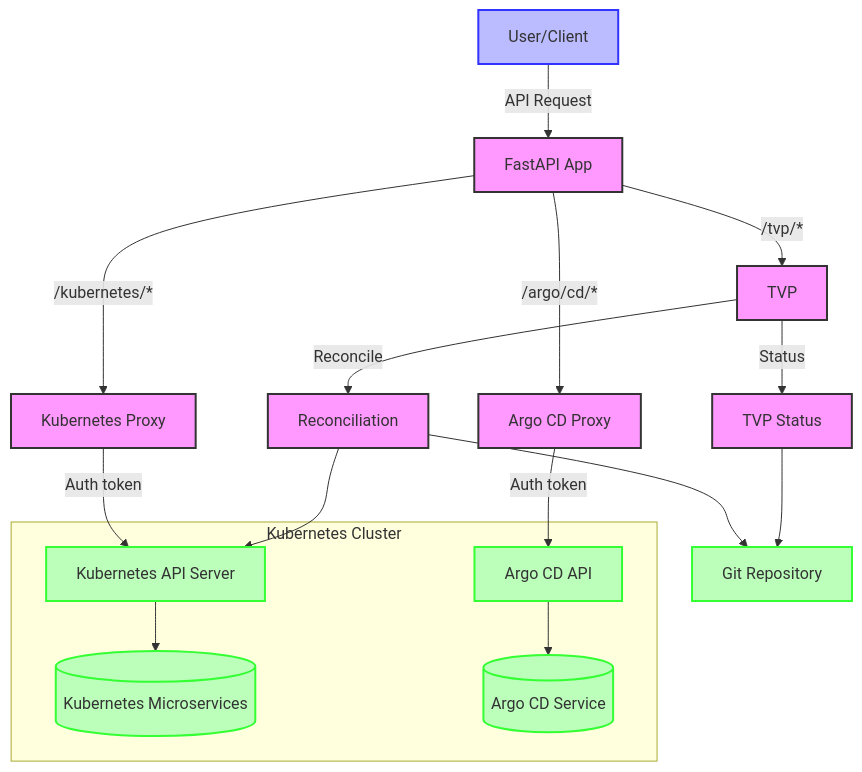
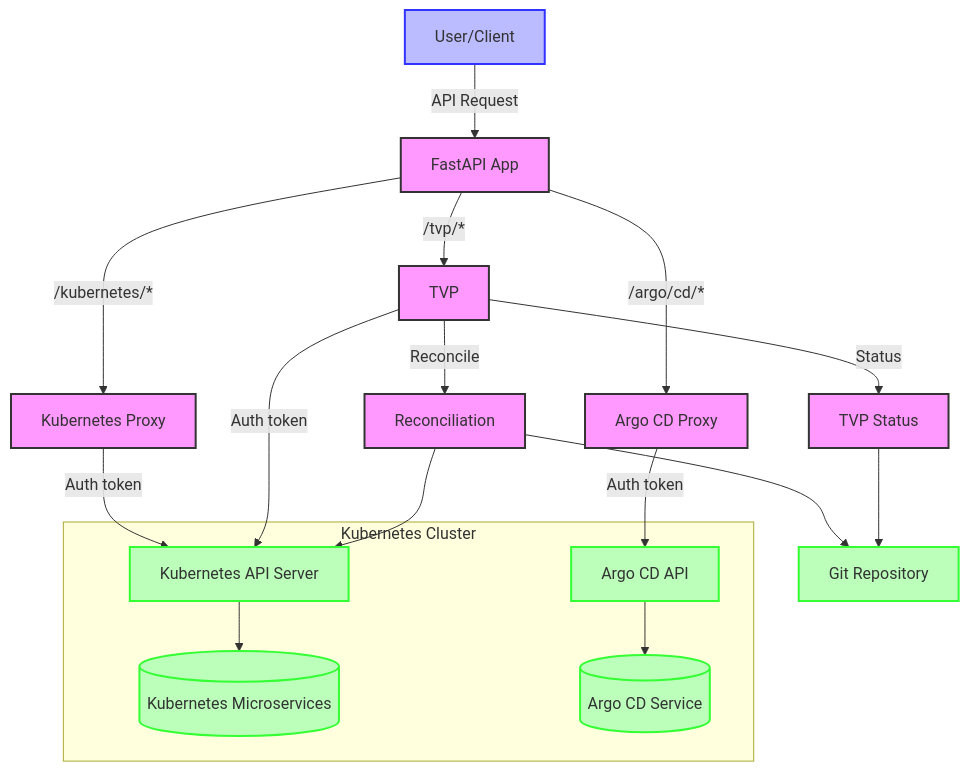
The diagram in fastapi/mermaid/data-flow-diagram.mermaid (lloydchang/tvp-k8s), drawn with Mermaid before and after one commit.

```diff
--- a/fastapi/mermaid/data-flow-diagram.mermaid
+++ b/fastapi/mermaid/data-flow-diagram.mermaid
@@ -1,27 +1,28 @@
 flowchart TD
     User[User/Client] -->|API Request| API[FastAPI App]
     
     API -->|/kubernetes/*| KP[Kubernetes Proxy]
     API -->|/argo/cd/*| AP[Argo CD Proxy]
     API -->|/tvp/*| TVP[TVP]
         
     TVP -->|Status| TS[TVP Status]
     TVP -->|Reconcile| R[Reconciliation]
     
     TS --> Git[Git Repository]
     R --> Git
     R --> KA
+    TVP -->|Auth token| KA[Kubernetes API Server]
     KP -->|Auth token| KA[Kubernetes API Server]
     AP -->|Auth token| AA[Argo CD API]
     subgraph "Kubernetes Cluster"
         KA --> Kubernetes[(Kubernetes Microservices)]
         AA --> ArgoCD[(Argo CD Service)]
     end
 
     classDef user fill:#bbf,stroke:#33f,stroke-width:2px
     classDef app fill:#f9f,stroke:#333,stroke-width:2px
     classDef external fill:#bfb,stroke:#3f3,stroke-width:2px
     
     class User user
     class API,KP,AP,TVP,TS,R app
     class Kubernetes,ArgoCD,Git,KA,AA,Auth external
```
